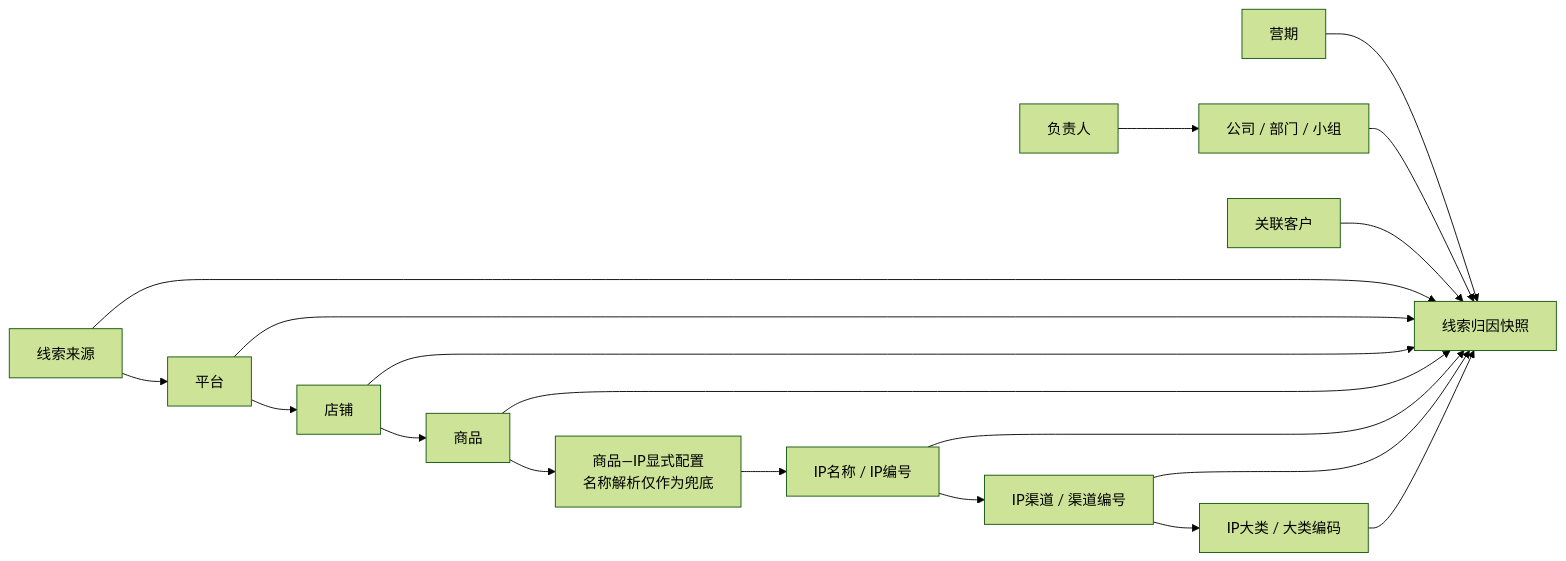
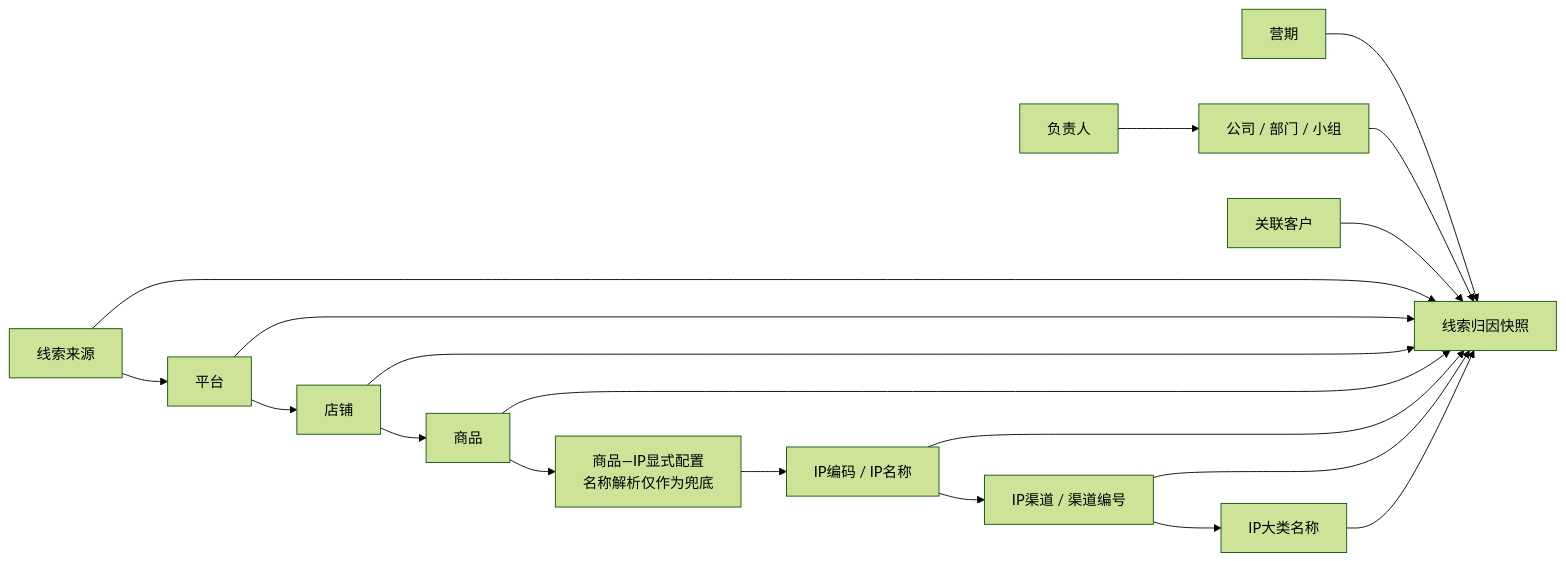
The fourth of 9 diagrams in docs/authoritative/合数BOSS V1.0整体业务流程与关键规则.md (freya-pr/heshu-boss-demo), drawn with Mermaid (forest theme) before and after one commit. The commit also changed other lines of this file and 25 other files, not shown here.

````diff
--- a/docs/authoritative/合数BOSS V1.0整体业务流程与关键规则.md
+++ b/docs/authoritative/合数BOSS V1.0整体业务流程与关键规则.md
@@ -263,18 +274,18 @@
 ```mermaid
 flowchart LR
     SOURCE["线索来源"] --> PLATFORM["平台"] --> STORE["店铺"] --> PRODUCT["商品"]
     PRODUCT --> MAP["商品—IP显式配置<br/>名称解析仅作为兜底"]
-    MAP --> IP["IP名称 / IP编号"]
+    MAP --> IP["IP编码 / IP名称"]
     IP --> IPCHANNEL["IP渠道 / 渠道编号"]
-    IPCHANNEL --> IPCATEGORY["IP大类 / 大类编码"]
+    IPCHANNEL --> IPCATEGORY["IP大类名称"]
     TERM["营期"] --> SNAPSHOT["线索归因快照"]
     OWNER["负责人"] --> ORG["公司 / 部门 / 小组"] --> SNAPSHOT
     CUSTOMER["关联客户"] --> SNAPSHOT
     SOURCE --> SNAPSHOT
     PLATFORM --> SNAPSHOT
     STORE --> SNAPSHOT
     PRODUCT --> SNAPSHOT
     IP --> SNAPSHOT
     IPCHANNEL --> SNAPSHOT
     IPCATEGORY --> SNAPSHOT
 ```
````
